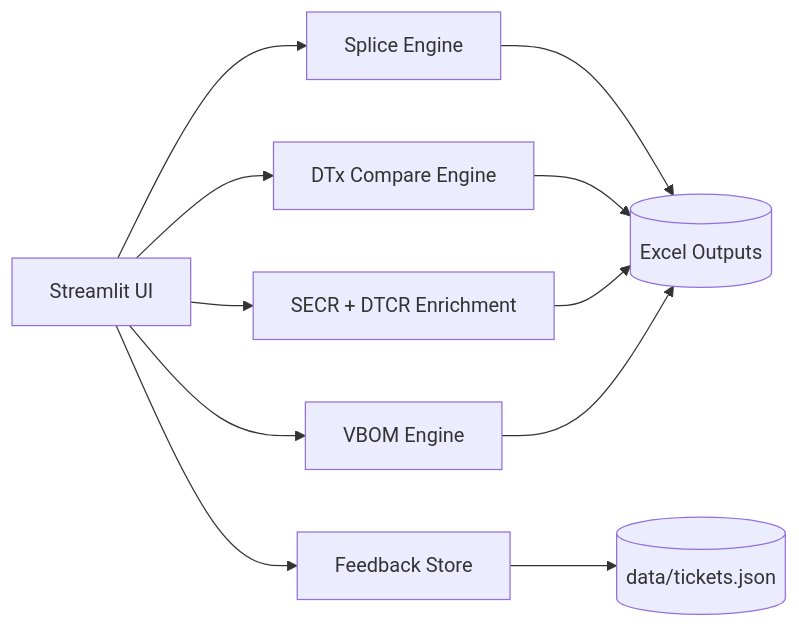
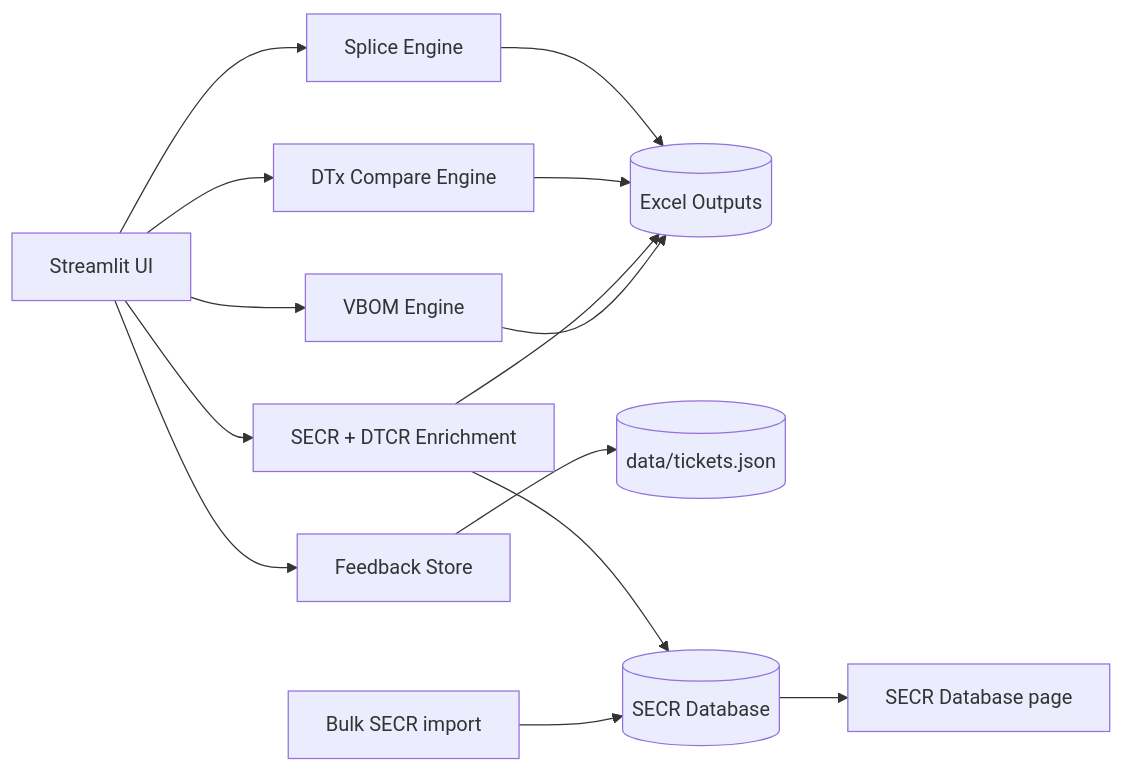
The diagram in README.md (Jaramillo35/SpliceApp), drawn with Mermaid before and after one commit. The commit also changed other lines of this file and 111 other files, not shown here.

```diff
--- a/README.md
+++ b/README.md
@@ -55,14 +55,18 @@
 ~~~mermaid
 flowchart LR
     UI[Streamlit UI] --> SP[Splice Engine]
     UI --> DTX[DTx Compare Engine]
     UI --> SECR[SECR + DTCR Enrichment]
     UI --> VBOM[VBOM Engine]
     UI --> FB[Feedback Store]
 
     SP --> XLSX[(Excel Outputs)]
     DTX --> XLSX
     SECR --> XLSX
     VBOM --> XLSX
     FB --> JSON[(data/tickets.json)]
+
+    SECR --> DB[(SECR Database)]
+    IMP[Bulk SECR import] --> DB
+    DB --> BROWSE[SECR Database page]
 ~~~
```
